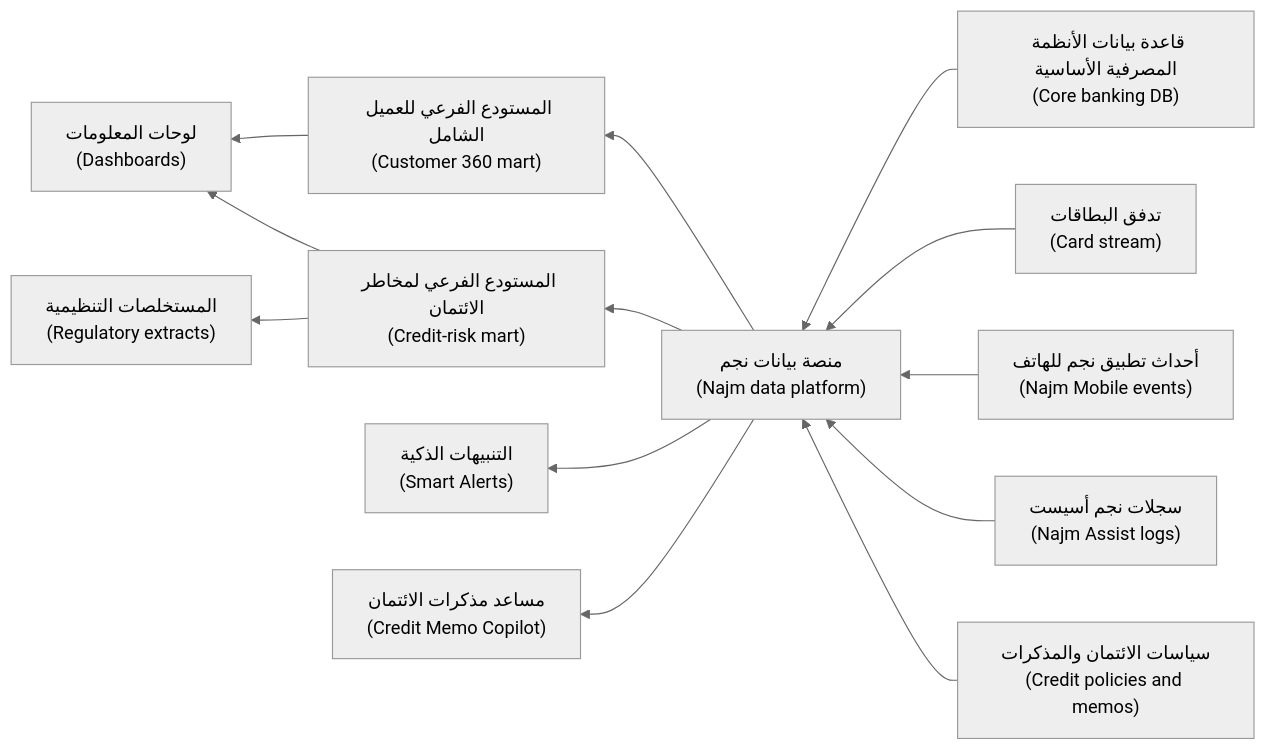
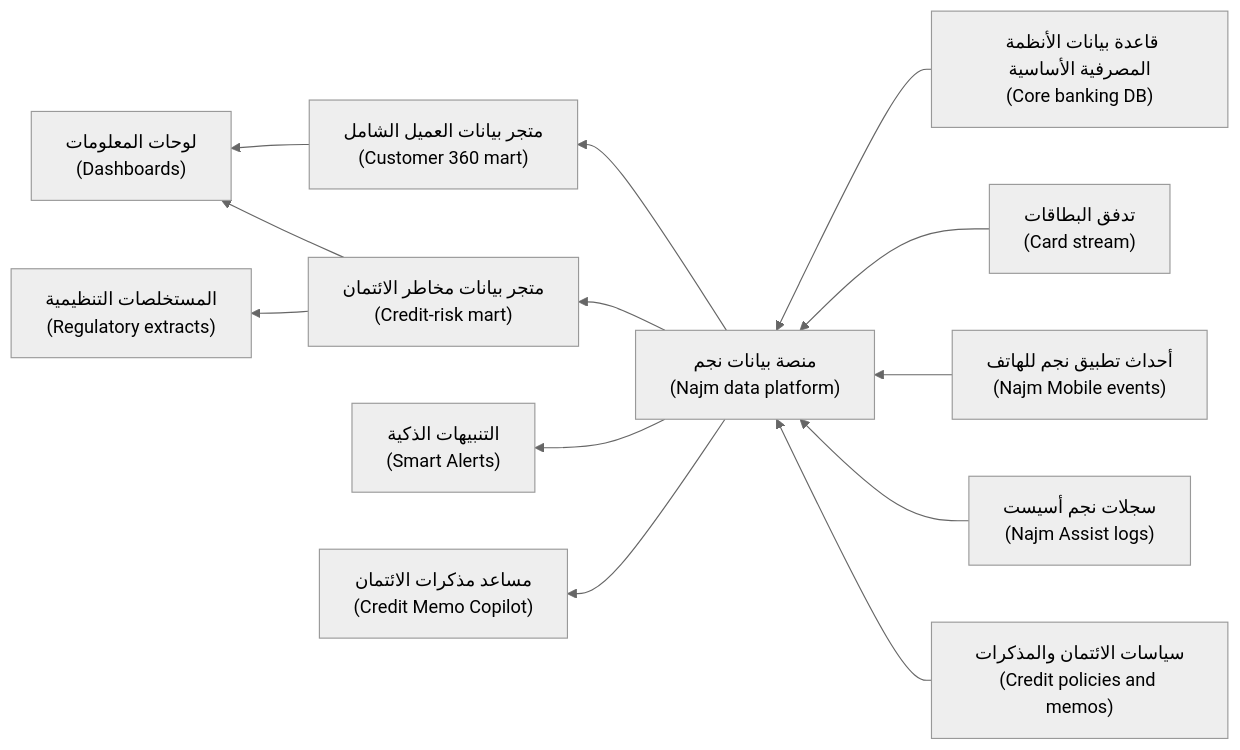
One commit to Tamoura/system-design-for-vibe-coders changed the third of 3 diagrams in data/modules/00-orientation.ar.md. Above: the diagram before and after it, drawn with Mermaid (neutral theme). The commit also changed other lines of this file and 551 other files, not shown here.

````diff
--- a/data/modules/00-orientation.ar.md
+++ b/data/modules/00-orientation.ar.md
@@ -562,15 +562,15 @@
 ```mermaid
 flowchart RL
     CB["قاعدة بيانات الأنظمة المصرفية الأساسية<br/>(Core banking DB)"] --> P["منصة بيانات نجم<br/>(Najm data platform)"]
     CS["تدفق البطاقات<br/>(Card stream)"] --> P
     MA["أحداث تطبيق نجم للهاتف<br/>(Najm Mobile events)"] --> P
     NA["سجلات نجم أسيست<br/>(Najm Assist logs)"] --> P
     DOC["سياسات الائتمان والمذكرات<br/>(Credit policies and memos)"] --> P
-    P --> C360["المستودع الفرعي للعميل الشامل<br/>(Customer 360 mart)"]
-    P --> CR["المستودع الفرعي لمخاطر الائتمان<br/>(Credit-risk mart)"]
+    P --> C360["متجر بيانات العميل الشامل<br/>(Customer 360 mart)"]
+    P --> CR["متجر بيانات مخاطر الائتمان<br/>(Credit-risk mart)"]
     C360 --> DB["لوحات المعلومات<br/>(Dashboards)"]
     CR --> DB
     CR --> REG["المستخلصات التنظيمية<br/>(Regulatory extracts)"]
     P --> SA["التنبيهات الذكية<br/>(Smart Alerts)"]
     P --> CMC["مساعد مذكرات الائتمان<br/>(Credit Memo Copilot)"]
 ```
````
